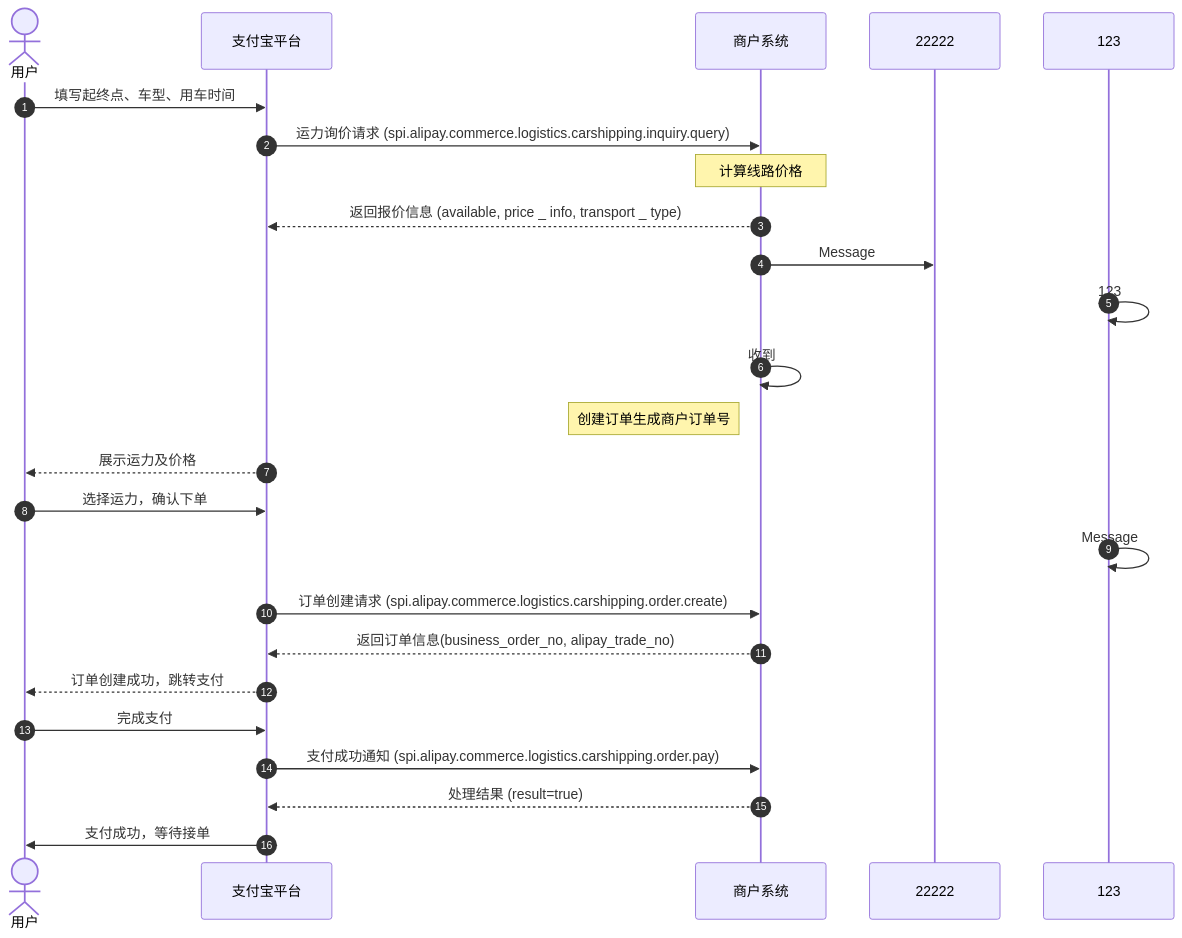
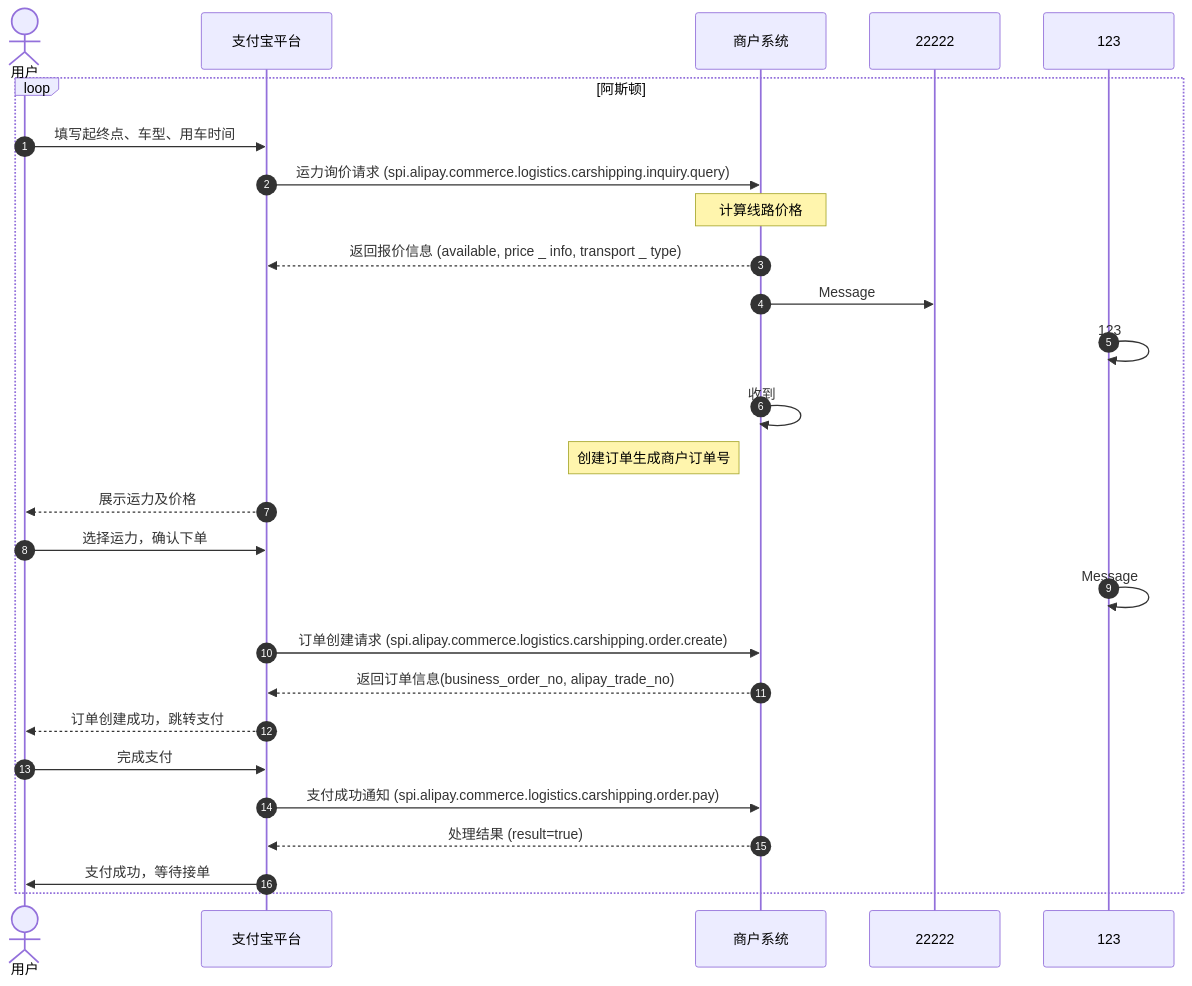
The diagram in notes/test_dba1b258-be6a-414c-9967-aedbcccfa44f.md (pingpm/mermaid_vault), drawn with Mermaid before and after one commit. The commit also changed 4 other files, not shown here.

Commit message:
Sync Mermaid Studio data (8 diagrams)

````diff
--- a/notes/test_dba1b258-be6a-414c-9967-aedbcccfa44f.md
+++ b/notes/test_dba1b258-be6a-414c-9967-aedbcccfa44f.md
@@ -3,28 +3,30 @@
 ```mermaid
 sequenceDiagram
   autonumber
   actor p0 as 用户
   participant p1 as 支付宝平台
   participant p2 as 商户系统
   participant p3 as 22222
   participant p4 as 123
+  loop 阿斯顿
   p0->>p1: 填写起终点、⻋型、⽤⻋时间
   p1->>p2: 运⼒询价请求 (spi.alipay.commerce.logistics.carshipping.inquiry.query)
   Note over p2: 计算线路价格
   p2-->>p1: 返回报价信息 (available, price _ info, transport _ type)
   p2->>p3: Message
   p4->>p4: 123
   p2->>p2: 收到
   Note left of p2: 创建订单⽣成商户订单号
   p1-->>p0: 展示运⼒及价格
   p0->>p1: 选择运⼒，确认下单
   p4->>p4: Message
   p1->>p2: 订单创建请求 (spi.alipay.commerce.logistics.carshipping.order.create)
   p2-->>p1: 返回订单信息(business_order_no, alipay_trade_no)
   p1-->>p0: 订单创建成功，跳转⽀付
   p0->>p1: 完成⽀付
   p1->>p2: ⽀付成功通知 (spi.alipay.commerce.logistics.carshipping.order.pay)
   p2-->>p1: 处理结果 (result=true)
   p1->>p0: ⽀付成功，等待接单
+  end
 
 ```
````
